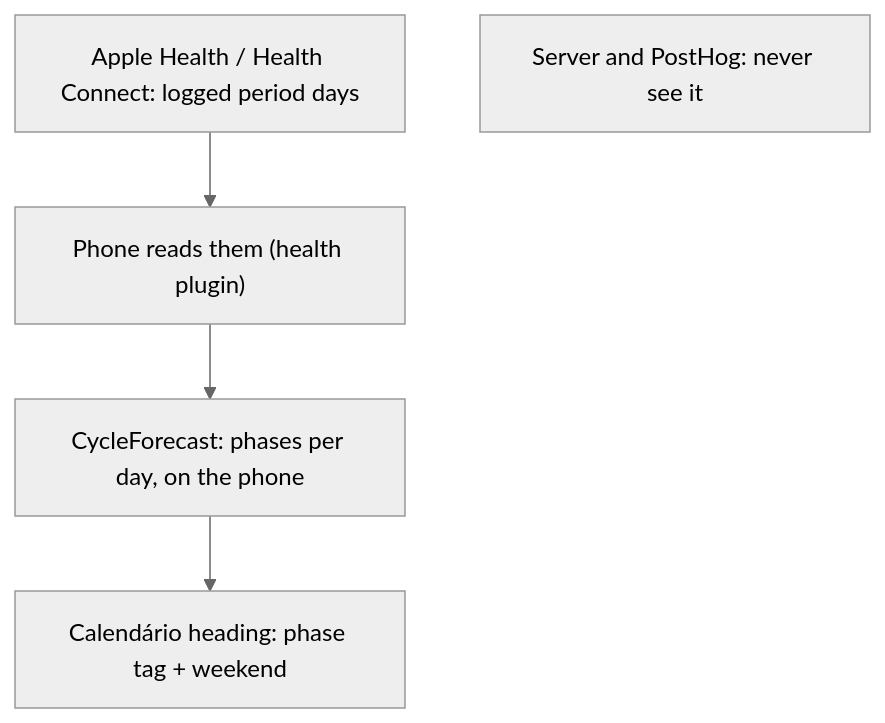
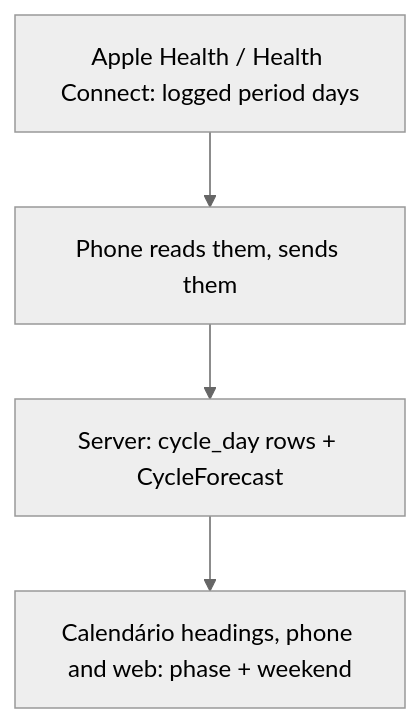
One commit to pietroid/lunna changed the first of 2 diagrams in product/research/2026-10-23-cycle-on-the-calendar/README.md. Above: the diagram before and after it, drawn with Mermaid (neutral theme). The commit also changed other lines of this file and 2 other files, not shown here.

Commit message:
research(#32): fix · Integration with Apple Health for Menstrual Cycle

````diff
--- a/product/research/2026-10-23-cycle-on-the-calendar/README.md
+++ b/product/research/2026-10-23-cycle-on-the-calendar/README.md
@@ -14,7 +15,6 @@
 ```mermaid
 flowchart TD
-  H["Apple Health / Health Connect: logged period days"] --> P["Phone reads them (health plugin)"]
-  P --> F["CycleForecast: phases per day, on the phone"]:::key
-  F --> C["Calendário heading: phase tag + weekend"]
-  S["Server and PostHog: never see it"]
+  H["Apple Health / Health Connect: logged period days"] --> P["Phone reads them, sends them"]
+  P --> S["Server: cycle_day rows + CycleForecast"]:::key
+  S --> C["Calendário headings, phone and web: phase + weekend"]
 ```
````
